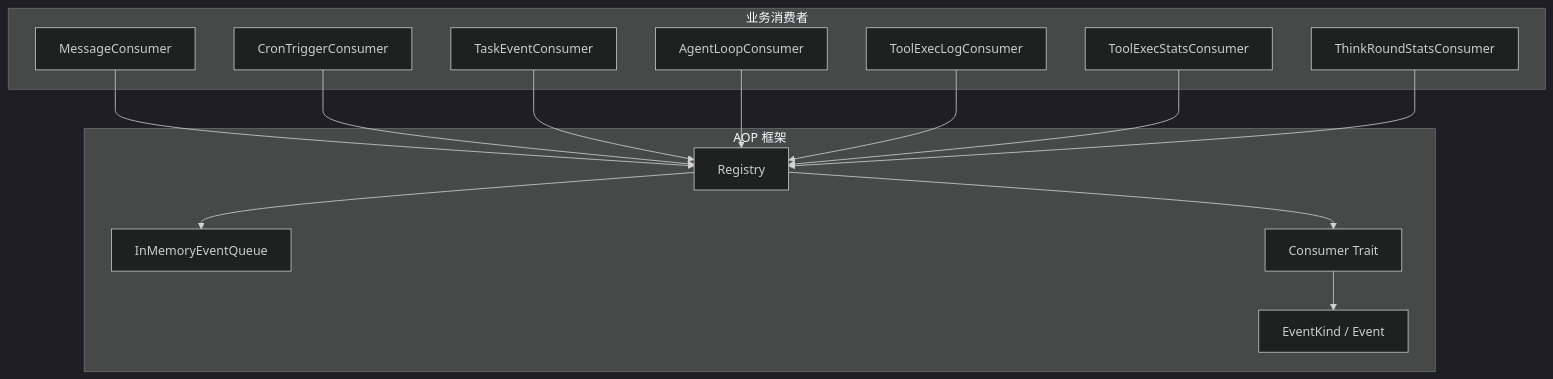
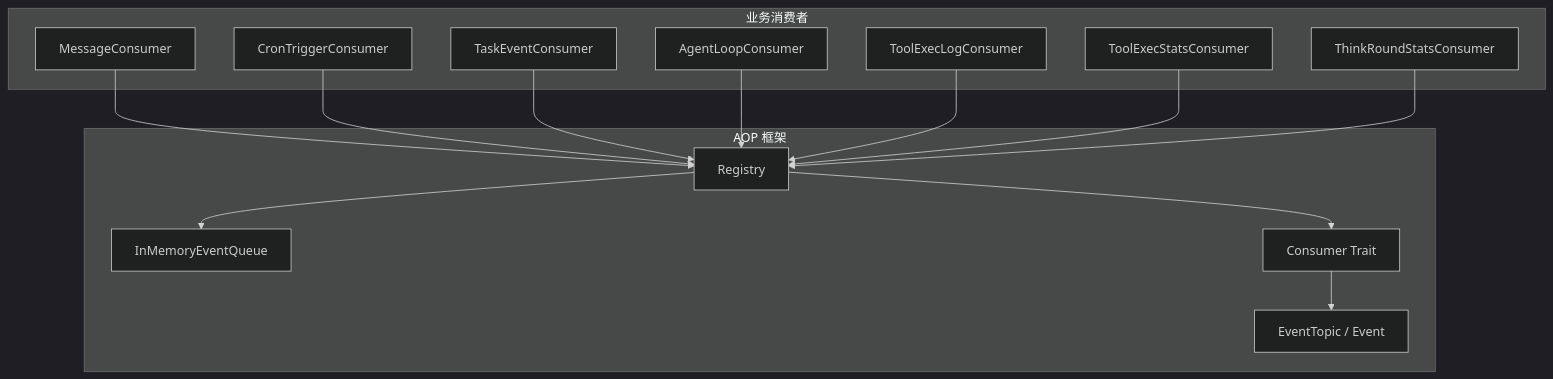
One commit to runningcoders/ai_orz changed the first of 4 diagrams in docs/wiki/zh/content/核心模块/AOP 事件系统/消费者框架/消费者框架.md. Above: the diagram before and after it, drawn with Mermaid (dark theme). The commit also changed other lines of this file and 37 other files, not shown here.

````diff
--- a/docs/wiki/zh/content/核心模块/AOP 事件系统/消费者框架/消费者框架.md
+++ b/docs/wiki/zh/content/核心模块/AOP 事件系统/消费者框架/消费者框架.md
@@ -40,28 +53,28 @@
 ```mermaid
 graph TB
 subgraph "业务消费者"
 M["MessageConsumer"]
 S["CronTriggerConsumer"]
 T["TaskEventConsumer"]
 L["AgentLoopConsumer"]
 X["ToolExecLogConsumer"]
 Y["ToolExecStatsConsumer"]
 Z["ThinkRoundStatsConsumer"]
 end
 subgraph "AOP 框架"
 R["Registry"]
 Q["InMemoryEventQueue"]
 C["Consumer Trait"]
-E["EventKind / Event"]
+E["EventTopic / Event"]
 end
 M --> R
 S --> R
 T --> R
 L --> R
 X --> R
 Y --> R
 Z --> R
 R --> Q
 R --> C
 C --> E
 ```
````
